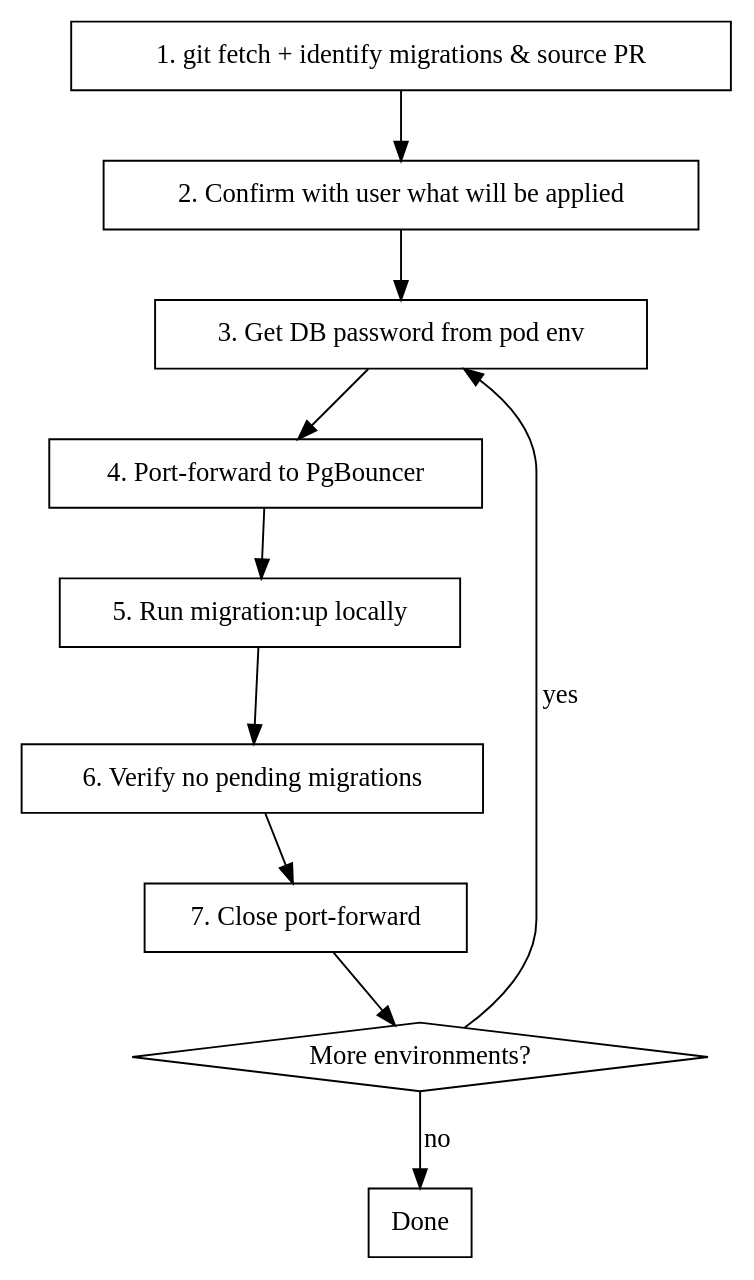
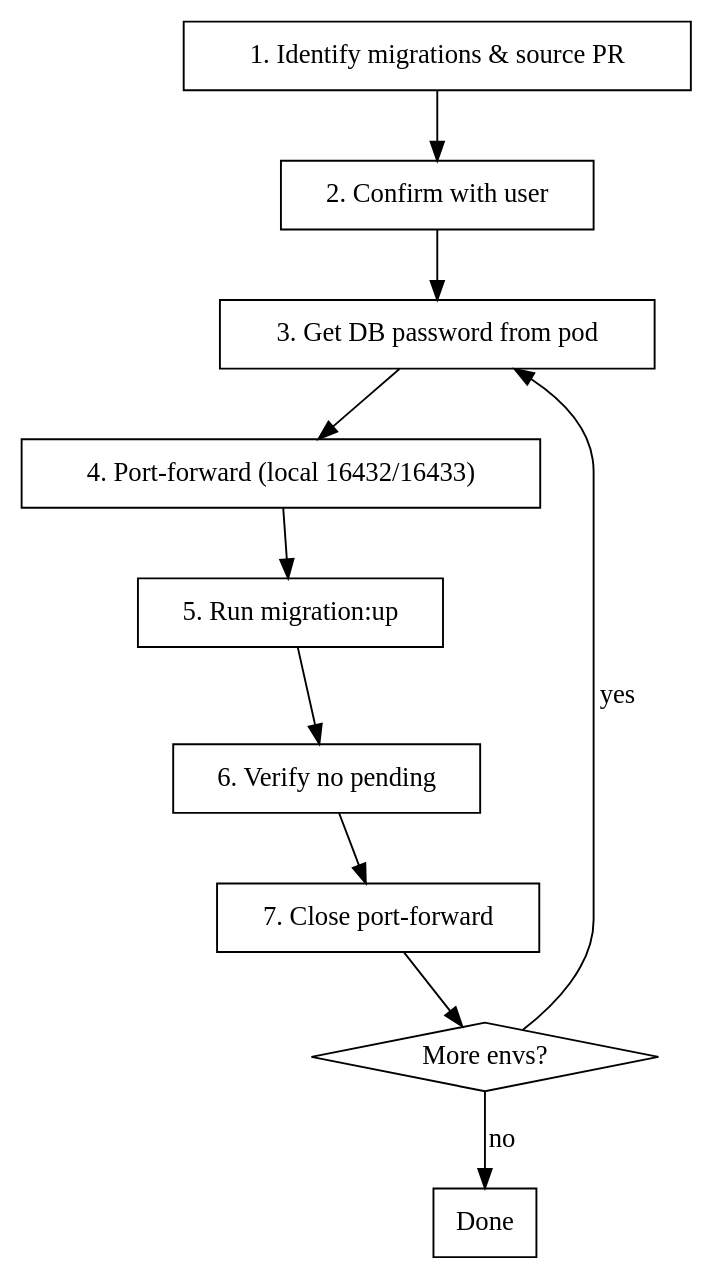
Before and after one commit to weorbitant/ai-dev-kit-pgi: the diagram in skills/infra-migrations/SKILL.md, drawn with Graphviz. The commit also changed other lines of this file and 7 other files, not shown here.

````diff
--- a/skills/infra-migrations/SKILL.md
+++ b/skills/infra-migrations/SKILL.md
@@ -32,20 +23,18 @@
 ```dot
 digraph migrate {
     rankdir=TB;
     node [shape=box];
-
-    fetch [label="1. git fetch + identify migrations & source PR"];
-    confirm [label="2. Confirm with user what will be applied"];
-    get_password [label="3. Get DB password from pod env"];
-    port_forward [label="4. Port-forward to PgBouncer"];
-    run_migration [label="5. Run migration:up locally"];
-    verify [label="6. Verify no pending migrations"];
+    fetch [label="1. Identify migrations & source PR"];
+    confirm [label="2. Confirm with user"];
+    get_password [label="3. Get DB password from pod"];
+    port_forward [label="4. Port-forward (local 16432/16433)"];
+    run_migration [label="5. Run migration:up"];
+    verify [label="6. Verify no pending"];
     close [label="7. Close port-forward"];
-    next_env [label="More environments?" shape=diamond];
-
+    next_env [label="More envs?" shape=diamond];
     fetch -> confirm -> get_password -> port_forward -> run_migration -> verify -> close -> next_env;
     next_env -> get_password [label="yes"];
     next_env -> done [label="no"];
     done [label="Done"];
 }
 ```
````
